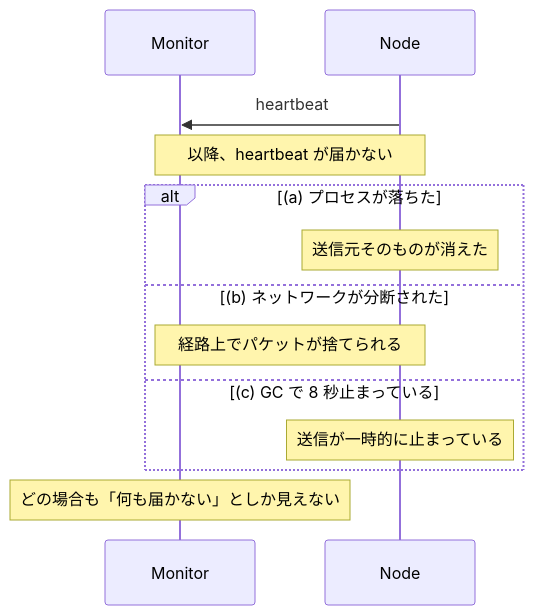
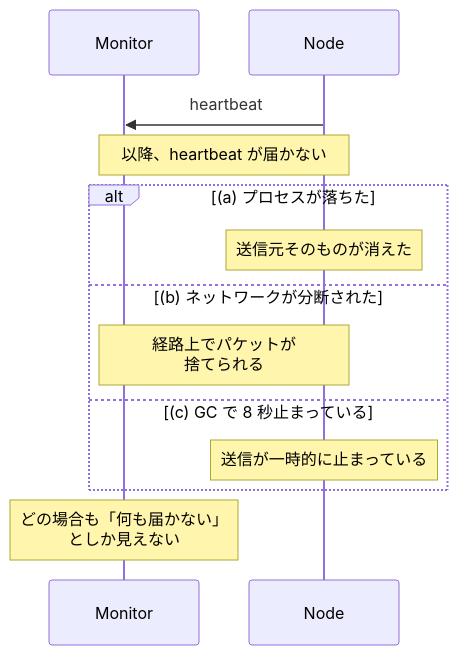
Before and after one commit to nao1215/debimate: the second of 3 diagrams in content/notes/distributed-systems/heartbeat/index.md, drawn with Mermaid. The commit also changed other lines of this file and 1 other file, not shown here.

Commit message:
style(notes): drop filler "no gawa" wording and wrap long mermaid notes
The phrase "~ no gawa" adds no information and blurs the subject. Long
mermaid Note labels are clipped because their width is bound by the
participant spacing, so break them with <br/>.

````diff
--- a/content/notes/distributed-systems/heartbeat/index.md
+++ b/content/notes/distributed-systems/heartbeat/index.md
@@ -41,15 +41,15 @@
 ```mermaid
 sequenceDiagram
     participant M as Monitor
     participant N as Node
     N->>M: heartbeat
     Note over M,N: 以降、heartbeat が届かない
     alt (a) プロセスが落ちた
         Note over N: 送信元そのものが消えた
     else (b) ネットワークが分断された
-        Note over M,N: 経路上でパケットが捨てられる
+        Note over M,N: 経路上でパケットが<br/>捨てられる
     else (c) GC で 8 秒止まっている
         Note over N: 送信が一時的に止まっている
     end
-    Note over M: どの場合も「何も届かない」としか見えない
+    Note over M: どの場合も「何も届かない」<br/>としか見えない
 ```
````
